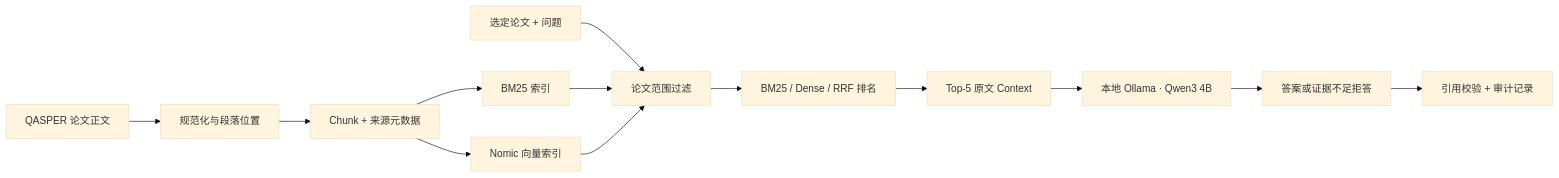
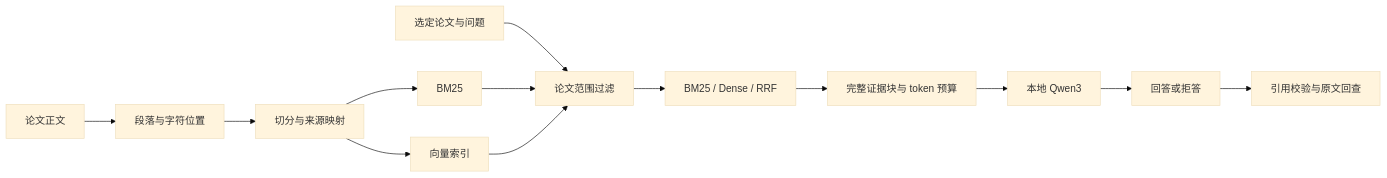
One commit to snowstorm-121/ScholarLens changed the diagram in README.md. Above: the diagram before and after it, drawn with Mermaid (base theme). The commit also changed other lines of this file and 3 other files, not shown here.

````diff
--- a/README.md
+++ b/README.md
@@ -33,15 +28,15 @@
 ```mermaid
 flowchart LR
-    A[QASPER 论文正文] --> B[规范化与段落位置]
-    B --> C[Chunk + 来源元数据]
-    C --> D[BM25 索引]
-    C --> E[Nomic 向量索引]
-    Q[选定论文 + 问题] --> F[论文范围过滤]
+    P[论文正文] --> N[段落与字符位置]
+    N --> C[切分与来源映射]
+    C --> B[BM25]
+    C --> D[向量索引]
+    Q[选定论文与问题] --> F[论文范围过滤]
+    B --> F
     D --> F
-    E --> F
-    F --> G[BM25 / Dense / RRF 排名]
-    G --> H[Top-5 原文 Context]
-    H --> I[本地 Ollama · Qwen3 4B]
-    I --> J[答案或证据不足拒答]
-    J --> K[引用校验 + 审计记录]
+    F --> R[BM25 / Dense / RRF]
+    R --> X[完整证据块与 token 预算]
+    X --> M[本地 Qwen3]
+    M --> A[回答或拒答]
+    A --> V[引用校验与原文回查]
 ```
````
